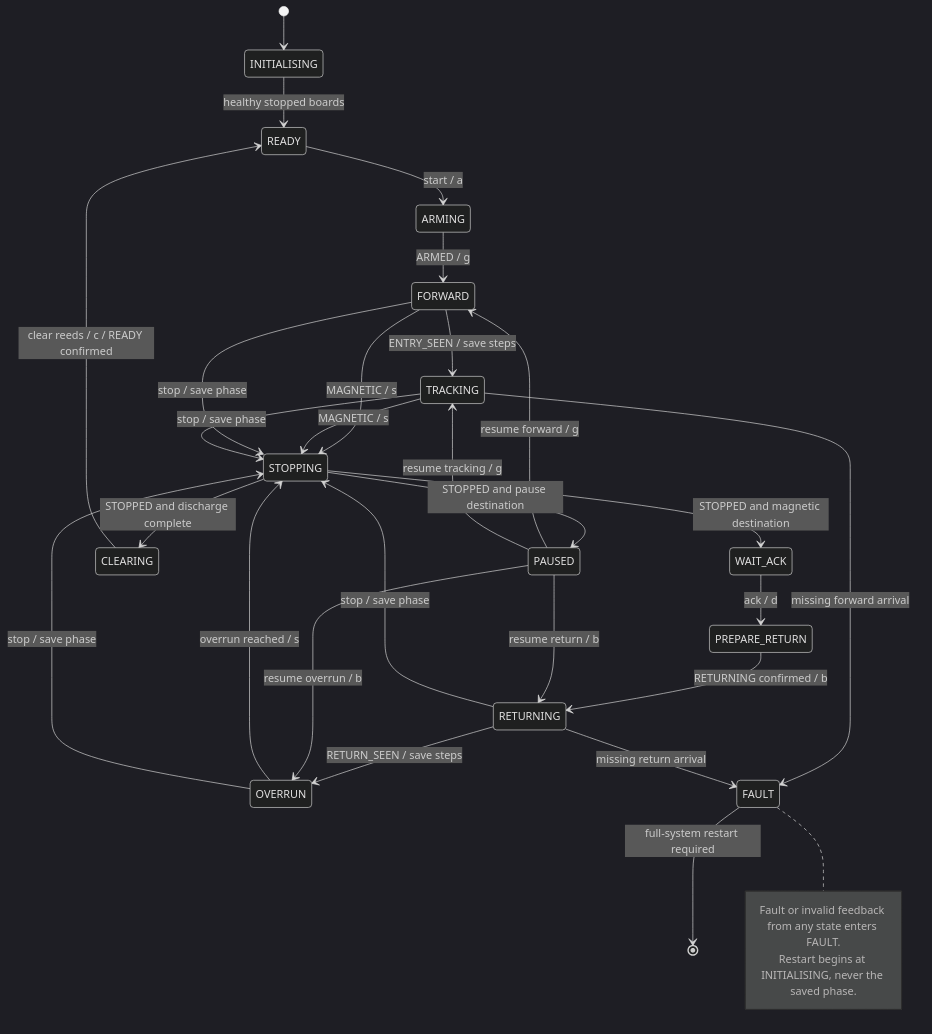
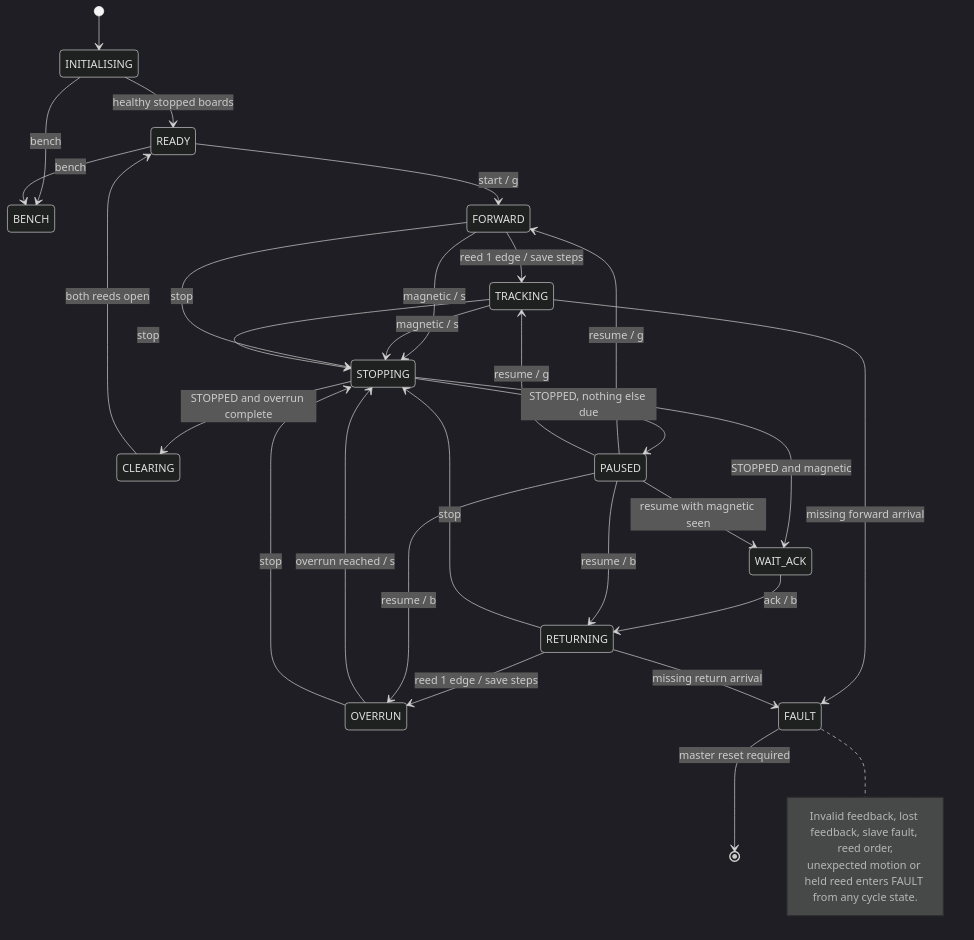
The diagram in master/README.md (BitHarp/icte4005), drawn with Mermaid (dark theme) before and after one commit. The commit also changed other lines of this file and 29 other files, not shown here.

````diff
--- a/master/README.md
+++ b/master/README.md
@@ -31,33 +65,34 @@
 ```mermaid
 stateDiagram-v2
     [*] --> INITIALISING
     INITIALISING --> READY: healthy stopped boards
-    READY --> ARMING: start / a
-    ARMING --> FORWARD: ARMED / g
-    FORWARD --> TRACKING: ENTRY_SEEN / save steps
-    FORWARD --> STOPPING: MAGNETIC / s
-    TRACKING --> STOPPING: MAGNETIC / s
-    STOPPING --> WAIT_ACK: STOPPED and magnetic destination
-    WAIT_ACK --> PREPARE_RETURN: ack / d
-    PREPARE_RETURN --> RETURNING: RETURNING confirmed / b
-    RETURNING --> OVERRUN: RETURN_SEEN / save steps
+    INITIALISING --> BENCH: bench
+    READY --> BENCH: bench
+    READY --> FORWARD: start / g
+    FORWARD --> TRACKING: reed 1 edge / save steps
+    FORWARD --> STOPPING: magnetic / s
+    TRACKING --> STOPPING: magnetic / s
+    STOPPING --> WAIT_ACK: STOPPED and magnetic
+    WAIT_ACK --> RETURNING: ack / b
+    RETURNING --> OVERRUN: reed 1 edge / save steps
     OVERRUN --> STOPPING: overrun reached / s
-    STOPPING --> CLEARING: STOPPED and discharge complete
-    CLEARING --> READY: clear reeds / c / READY confirmed
-    FORWARD --> STOPPING: stop / save phase
-    TRACKING --> STOPPING: stop / save phase
-    RETURNING --> STOPPING: stop / save phase
-    OVERRUN --> STOPPING: stop / save phase
-    STOPPING --> PAUSED: STOPPED and pause destination
-    PAUSED --> FORWARD: resume forward / g
-    PAUSED --> TRACKING: resume tracking / g
-    PAUSED --> RETURNING: resume return / b
-    PAUSED --> OVERRUN: resume overrun / b
+    STOPPING --> CLEARING: STOPPED and overrun complete
+    CLEARING --> READY: both reeds open
+    FORWARD --> STOPPING: stop
+    TRACKING --> STOPPING: stop
+    RETURNING --> STOPPING: stop
+    OVERRUN --> STOPPING: stop
+    STOPPING --> PAUSED: STOPPED, nothing else due
+    PAUSED --> FORWARD: resume / g
+    PAUSED --> TRACKING: resume / g
+    PAUSED --> RETURNING: resume / b
+    PAUSED --> OVERRUN: resume / b
+    PAUSED --> WAIT_ACK: resume with magnetic seen
     TRACKING --> FAULT: missing forward arrival
     RETURNING --> FAULT: missing return arrival
-    FAULT --> [*]: full-system restart required
+    FAULT --> [*]: master reset required
     note right of FAULT
-        Fault or invalid feedback from any state enters FAULT.
-        Restart begins at INITIALISING, never the saved phase.
+        Invalid feedback, lost feedback, slave fault, reed order,
+        unexpected motion or held reed enters FAULT from any cycle state.
     end note
 ```
````
